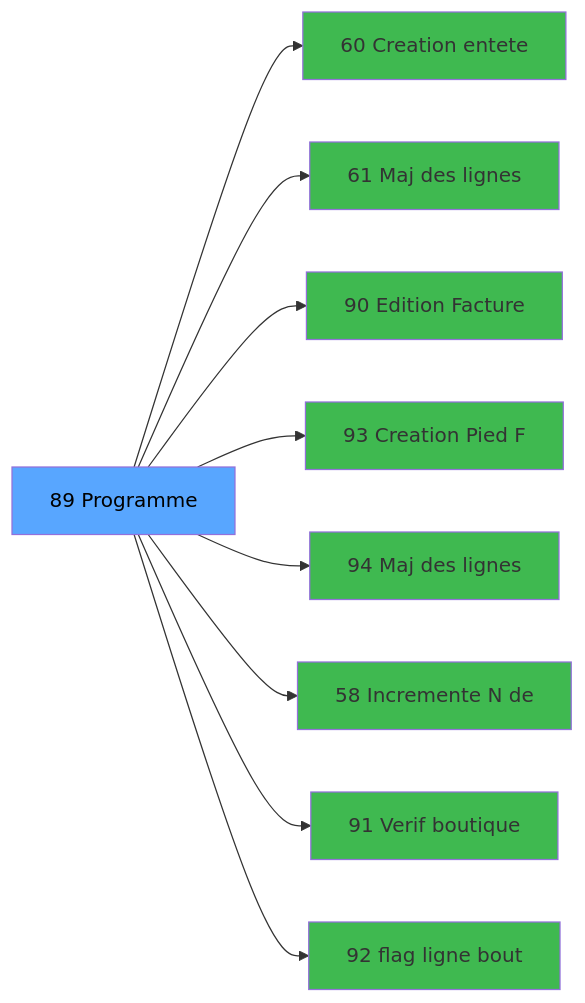
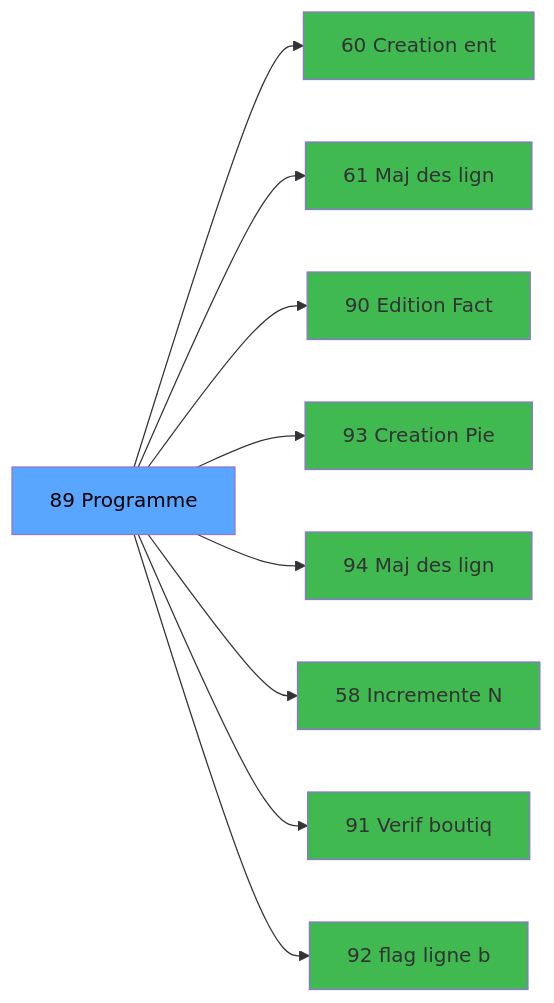
The third of 3 diagrams in .openspec/specs/ADH-IDE-89.md (thonyAGP/magic-migration), drawn with Mermaid before and after one commit. The commit also changed other lines of this file and 323 other files, not shown here.

````diff
--- a/.openspec/specs/ADH-IDE-89.md
+++ b/.openspec/specs/ADH-IDE-89.md
@@ -141,29 +166,29 @@
 ```mermaid
 graph LR
     T[89 Programme]
-    C60[60 Creation entete]
+    C60[60 Creation ent]
     T --> C60
-    C61[61 Maj des lignes ]
+    C61[61 Maj des lign]
     T --> C61
-    C90[90 Edition Facture]
+    C90[90 Edition Fact]
     T --> C90
-    C93[93 Creation Pied F]
+    C93[93 Creation Pie]
     T --> C93
-    C94[94 Maj des lignes ]
+    C94[94 Maj des lign]
     T --> C94
-    C58[58 Incremente N de]
+    C58[58 Incremente N]
     T --> C58
-    C91[91 Verif boutique]
+    C91[91 Verif boutiq]
     T --> C91
-    C92[92 flag ligne bout]
+    C92[92 flag ligne b]
     T --> C92
     style T fill:#58a6ff,color:#000
     style C60 fill:#3fb950
     style C61 fill:#3fb950
     style C90 fill:#3fb950
     style C93 fill:#3fb950
     style C94 fill:#3fb950
     style C58 fill:#3fb950
     style C91 fill:#3fb950
     style C92 fill:#3fb950
 ```
````
